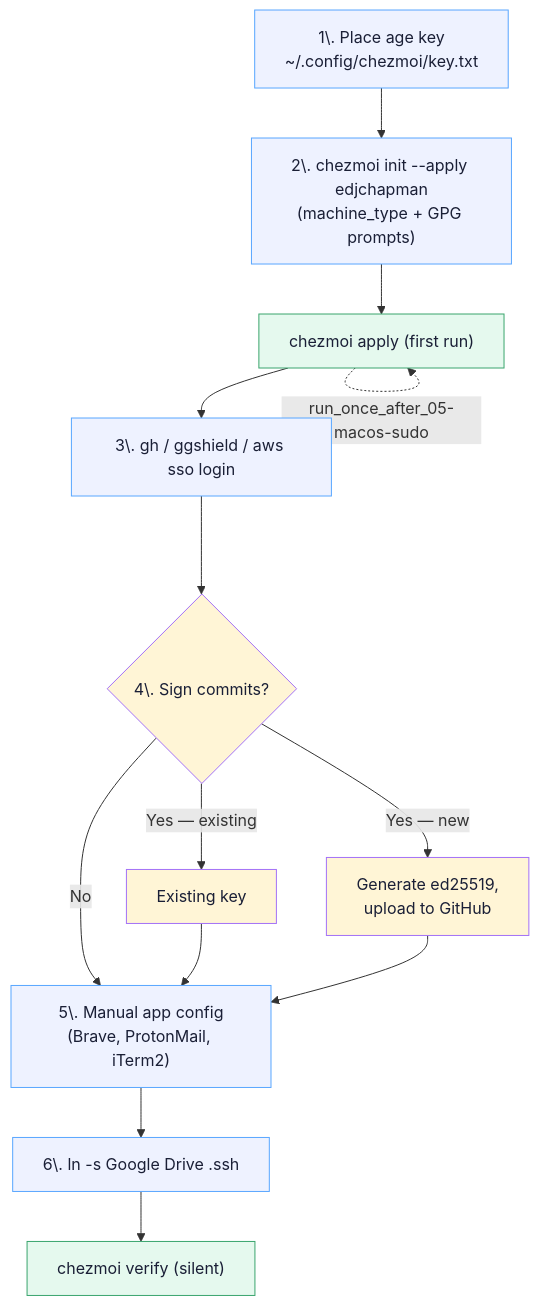
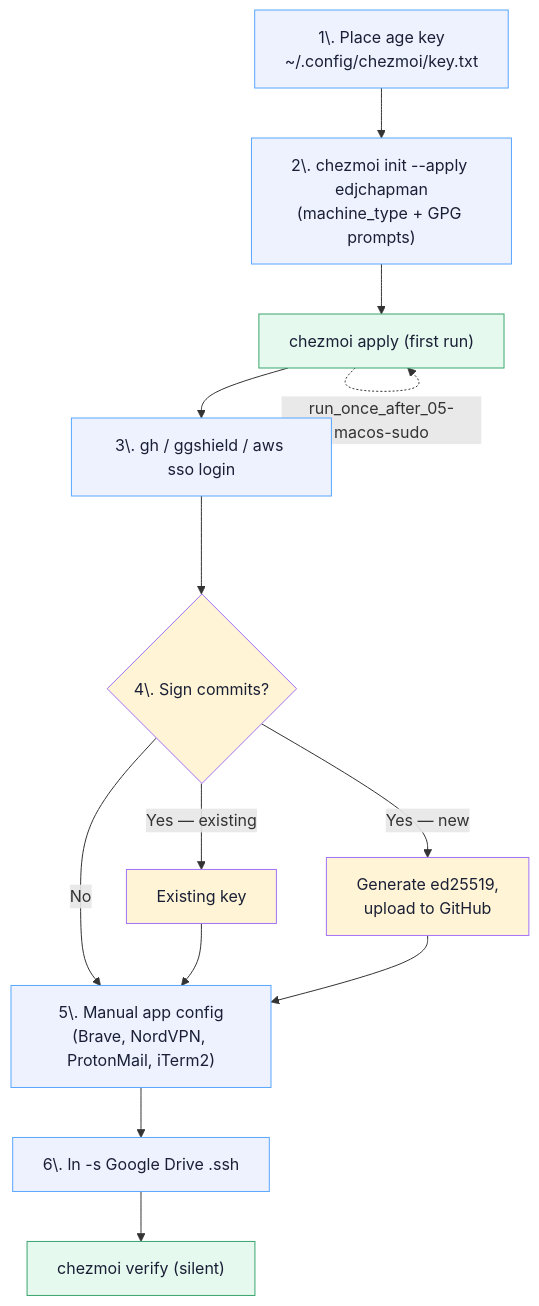
One commit to edjchapman/Dotfiles changed the diagram in docs/runbooks/new-machine.md. Above: the diagram before and after it, drawn with Mermaid. The commit also changed other lines of this file and 3 other files, not shown here.

Commit message:
feat(brew): restore NordVPN as step one of the staged reinstall

````diff
--- a/docs/runbooks/new-machine.md
+++ b/docs/runbooks/new-machine.md
@@ -7,38 +7,38 @@
 ```mermaid
 flowchart TD
     KEY["1\. Place age key<br/>~/.config/chezmoi/key.txt"]
     INIT["2\. chezmoi init --apply edjchapman<br/>(machine_type + GPG prompts)"]
     BOOT["chezmoi apply (first run)"]
     AUTH["3\. gh / ggshield / aws sso login"]
     GPG{"4\. Sign commits?"}
     GPG_E["Existing key"]
     GPG_N["Generate ed25519,<br/>upload to GitHub"]
-    APP["5\. Manual app config<br/>(Brave, ProtonMail, iTerm2)"]
+    APP["5\. Manual app config<br/>(Brave, NordVPN, ProtonMail, iTerm2)"]
     SSH["6\. ln -s Google Drive .ssh"]
     VER["chezmoi verify (silent)"]
 
     KEY --> INIT
     INIT --> BOOT
     BOOT -.->|run_once_01-install-homebrew| BOOT
     BOOT -.->|run_onchange_02-brew-bundle| BOOT
     BOOT -.->|run_onchange_03-macos-defaults| BOOT
     BOOT -.->|run_onchange_04-dock-layout| BOOT
     BOOT -.->|run_onchange_05-login-items| BOOT
     BOOT -.->|run_once_after_05-macos-sudo| BOOT
     BOOT --> AUTH
     AUTH --> GPG
     GPG -->|Yes — existing| GPG_E
     GPG -->|Yes — new| GPG_N
     GPG -->|No| APP
     GPG_E --> APP
     GPG_N --> APP
     APP --> SSH
     SSH --> VER
 
     classDef step fill:#eef2ff,stroke:#58a6ff,color:#1a1f36
     classDef branch fill:#fff5d6,stroke:#a371f7,color:#1a1f36
     classDef terminal fill:#e5f9ee,stroke:#3aa56d,color:#1a1f36
     class KEY,INIT,AUTH,APP,SSH step
     class GPG,GPG_E,GPG_N branch
     class BOOT,VER terminal
 ```
````
